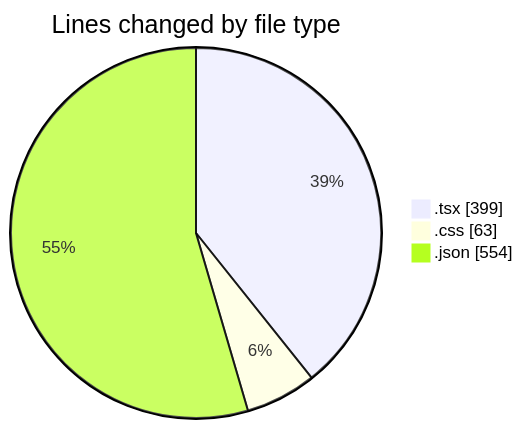
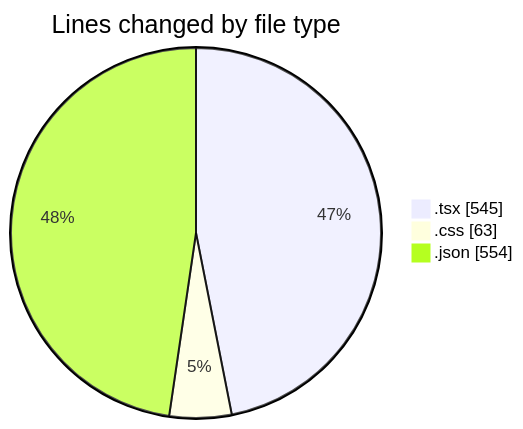
The first of 2 diagrams in 2025-08-04/tw-server/README.md (EIIisD/code-tracking), drawn with Mermaid before and after one commit. The commit also changed other lines of this file and 1 other file, not shown here.

````diff
--- a/2025-08-04/tw-server/README.md
+++ b/2025-08-04/tw-server/README.md
@@ -25,7 +25,7 @@
 ```mermaid
 pie showData
 title Lines changed by file type
-".tsx" : 399
+".tsx" : 545
 ".css" : 63
 ".json" : 554
 ```
````
